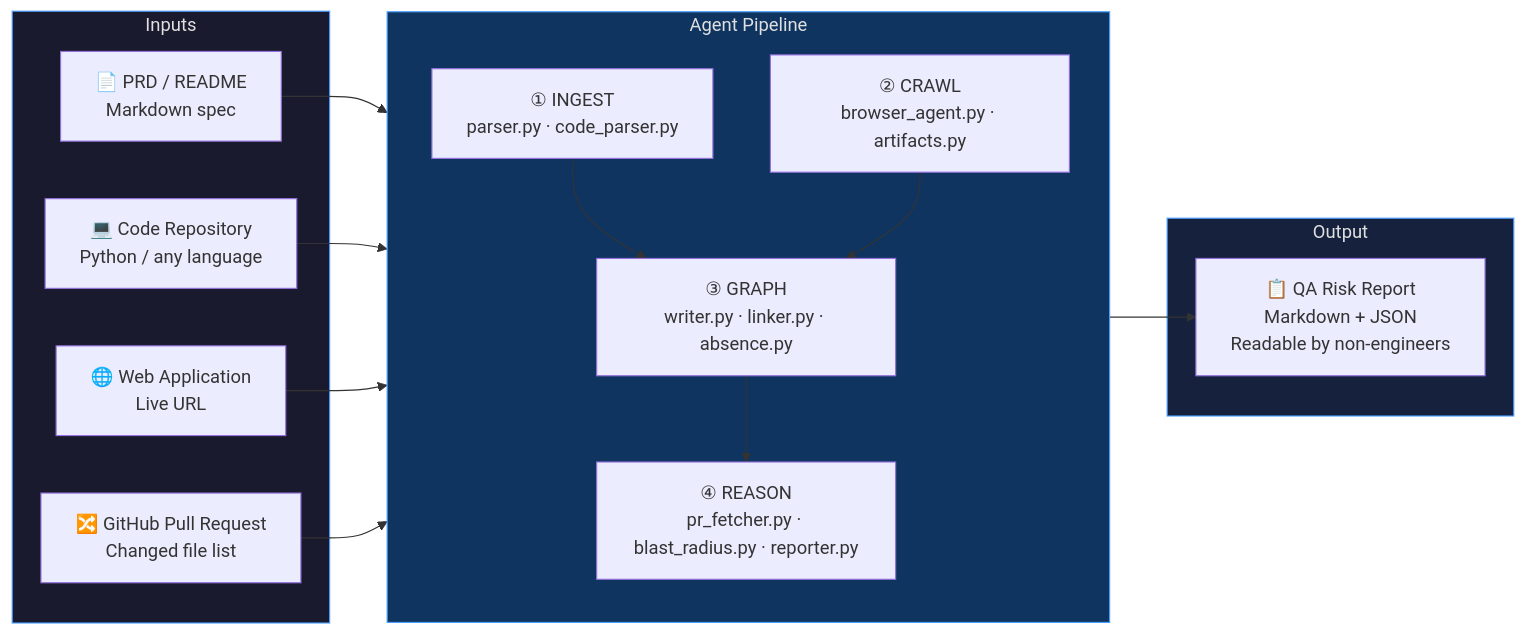
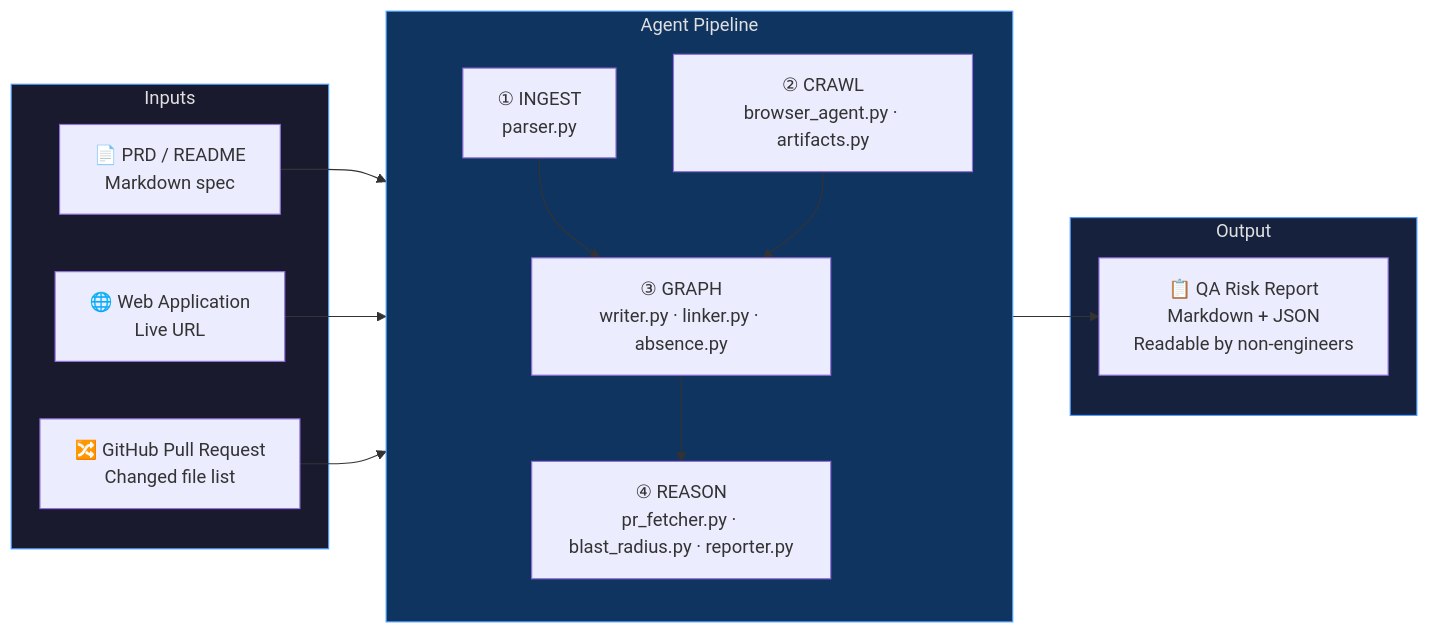
One commit to snowsanta/testsigma changed the first of 10 diagrams in design_doc.md. Above: the diagram before and after it, drawn with Mermaid. The commit also changed other lines of this file and 12 other files, not shown here.

````diff
--- a/design_doc.md
+++ b/design_doc.md
@@ -23,34 +23,32 @@
 ```mermaid
 flowchart LR
     subgraph INPUT["Inputs"]
         PRD["📄 PRD / README\nMarkdown spec"]
-        REPO["💻 Code Repository\nPython / any language"]
         PR["🔀 GitHub Pull Request\nChanged file list"]
         URL["🌐 Web Application\nLive URL"]
     end
 
     subgraph PIPELINE["Agent Pipeline"]
         direction TB
-        A["① INGEST\nparser.py · code_parser.py"]
+        A["① INGEST\nparser.py"]
         B["② CRAWL\nbrowser_agent.py · artifacts.py"]
         C["③ GRAPH\nwriter.py · linker.py · absence.py"]
         D["④ REASON\npr_fetcher.py · blast_radius.py · reporter.py"]
     end
 
     subgraph OUTPUT["Output"]
         RPT["📋 QA Risk Report\nMarkdown + JSON\nReadable by non-engineers"]
     end
 
     PRD --> A
-    REPO --> A
     URL --> B
     A --> C
     B --> C
     PR --> D
     C --> D
     D --> RPT
 
     style INPUT fill:#1a1a2e,stroke:#4a9eff,color:#e0e0e0
     style PIPELINE fill:#0f3460,stroke:#4a9eff,color:#e0e0e0
     style OUTPUT fill:#16213e,stroke:#4a9eff,color:#e0e0e0
 ```
````
